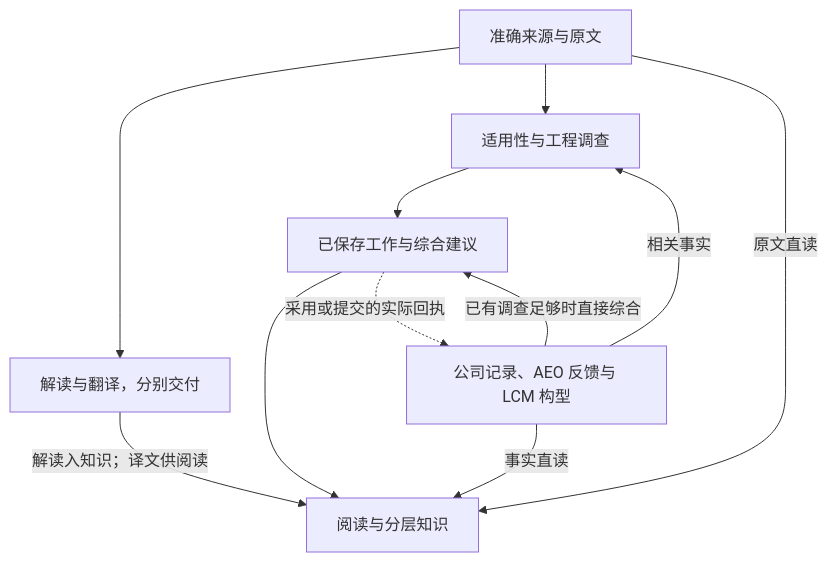
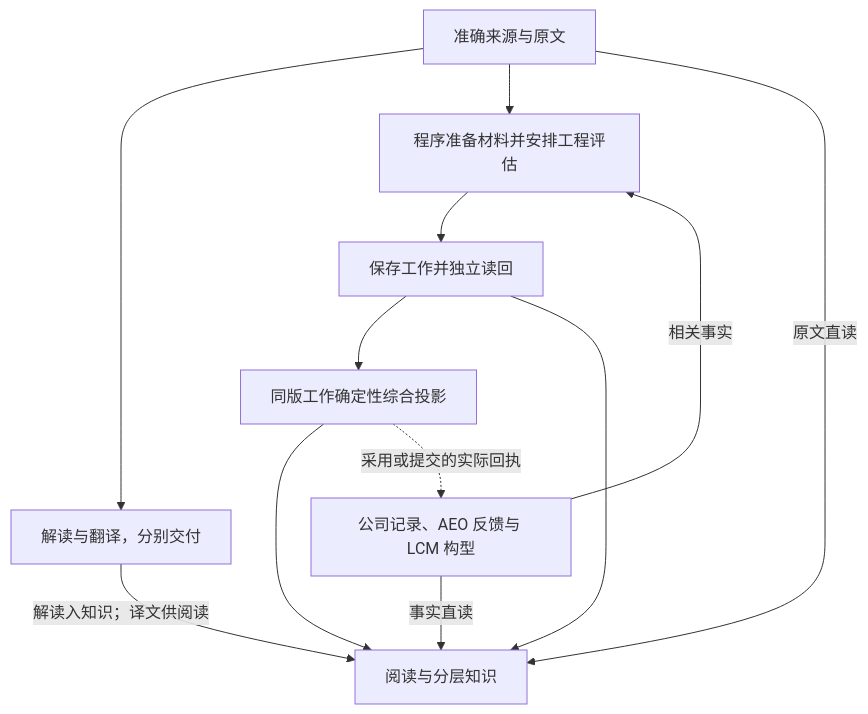
Before and after one commit to Liu-Xuan/WiseLink_Host: the first of 2 diagrams in docs/WISELINK_MAINLINE_GRAPH_CONTRACT.md, drawn with Mermaid. The commit also changed other lines of this file and 79 other files, not shown here.

````diff
--- a/docs/WISELINK_MAINLINE_GRAPH_CONTRACT.md
+++ b/docs/WISELINK_MAINLINE_GRAPH_CONTRACT.md
@@ -35,13 +35,14 @@
 ```mermaid
 flowchart TD
     S["准确来源与原文"] --> D["解读与翻译，分别交付"]
-    S --> J["适用性与工程调查"]
+    S --> J["程序准备材料并安排工程评估"]
     B["公司记录、AEO 反馈与 LCM 构型"] -->|"相关事实"| J
-    J --> O["已保存工作与综合建议"]
-    B -->|"已有调查足够时直接综合"| O
-    D -->|"解读入知识；译文供阅读"| K["阅读与分层知识"]
+    J --> W["保存工作并独立读回"]
+    W --> O["同版工作确定性综合投影"]
+    W --> K["阅读与分层知识"]
+    D -->|"解读入知识；译文供阅读"| K
     O --> K
     S -->|"原文直读"| K
     B -->|"事实直读"| K
     O -. "采用或提交的实际回执" .-> B
 ```
````
